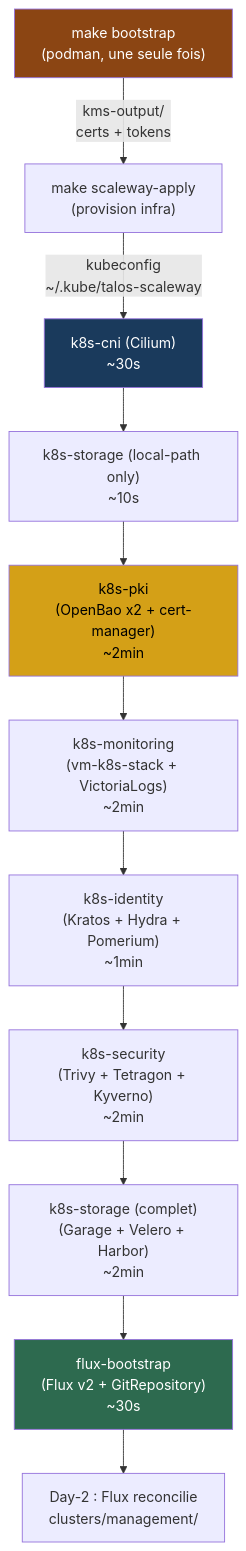
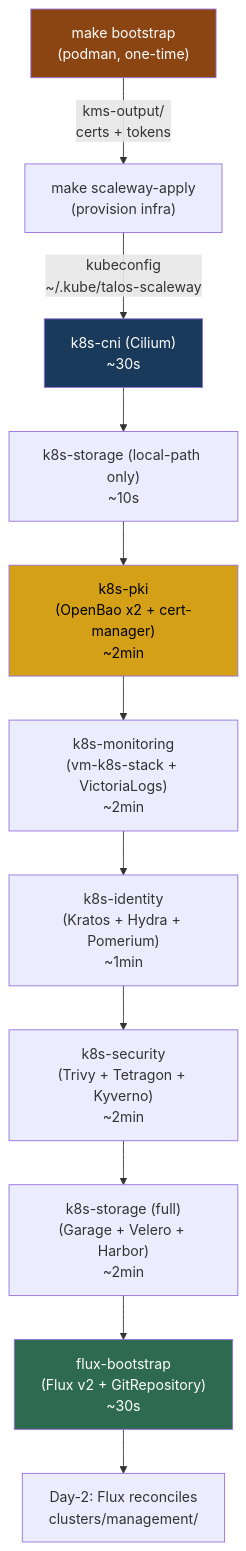
One commit to Destynova2/st4ck changed the fifth of 7 diagrams in docs/hld-talos-platform.md. Above: the diagram before and after it, drawn with Mermaid. The commit also changed other lines of this file, not shown here.

````diff
--- a/docs/hld-talos-platform.md
+++ b/docs/hld-talos-platform.md
@@ -278,18 +277,18 @@
 ```mermaid
 graph TD
-    B["make bootstrap<br/>(podman, une seule fois)"] --> |"kms-output/<br/>certs + tokens"| ENV
+    B["make bootstrap<br/>(podman, one-time)"] --> |"kms-output/<br/>certs + tokens"| ENV
     ENV["make scaleway-apply<br/>(provision infra)"] --> |"kubeconfig<br/>~/.kube/talos-scaleway"| CNI
     CNI["k8s-cni (Cilium)<br/>~30s"] --> STORAGE_LP["k8s-storage (local-path only)<br/>~10s"]
     STORAGE_LP --> PKI["k8s-pki<br/>(OpenBao x2 + cert-manager)<br/>~2min"]
     PKI --> MON["k8s-monitoring<br/>(vm-k8s-stack + VictoriaLogs)<br/>~2min"]
     MON --> IDENT["k8s-identity<br/>(Kratos + Hydra + Pomerium)<br/>~1min"]
     IDENT --> SEC["k8s-security<br/>(Trivy + Tetragon + Kyverno)<br/>~2min"]
-    SEC --> STOR["k8s-storage (complet)<br/>(Garage + Velero + Harbor)<br/>~2min"]
+    SEC --> STOR["k8s-storage (full)<br/>(Garage + Velero + Harbor)<br/>~2min"]
     STOR --> FLUX["flux-bootstrap<br/>(Flux v2 + GitRepository)<br/>~30s"]
-    FLUX --> DAY2["Day-2 : Flux reconcilie<br/>clusters/management/"]
+    FLUX --> DAY2["Day-2: Flux reconciles<br/>clusters/management/"]
 
     style B fill:#8B4513,color:#fff
     style CNI fill:#1a3a5c,color:#fff
     style PKI fill:#d4a017,color:#000
     style FLUX fill:#2d6a4f,color:#fff
 ```
````
